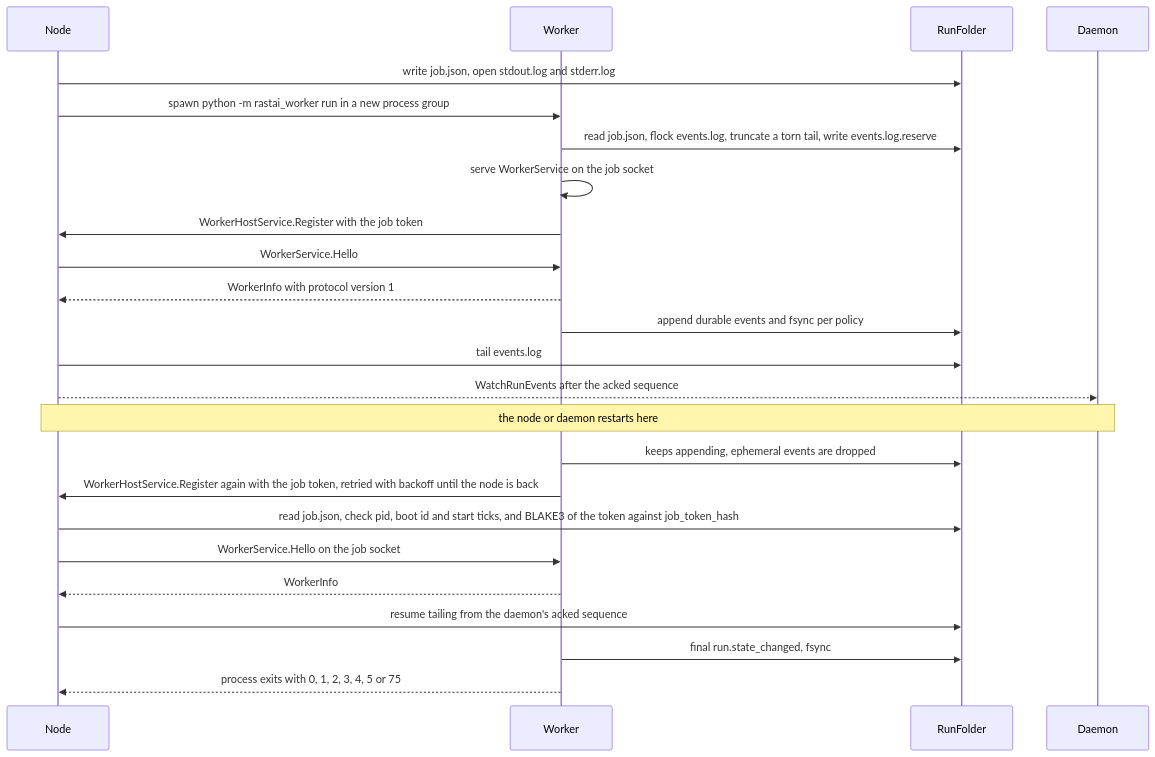
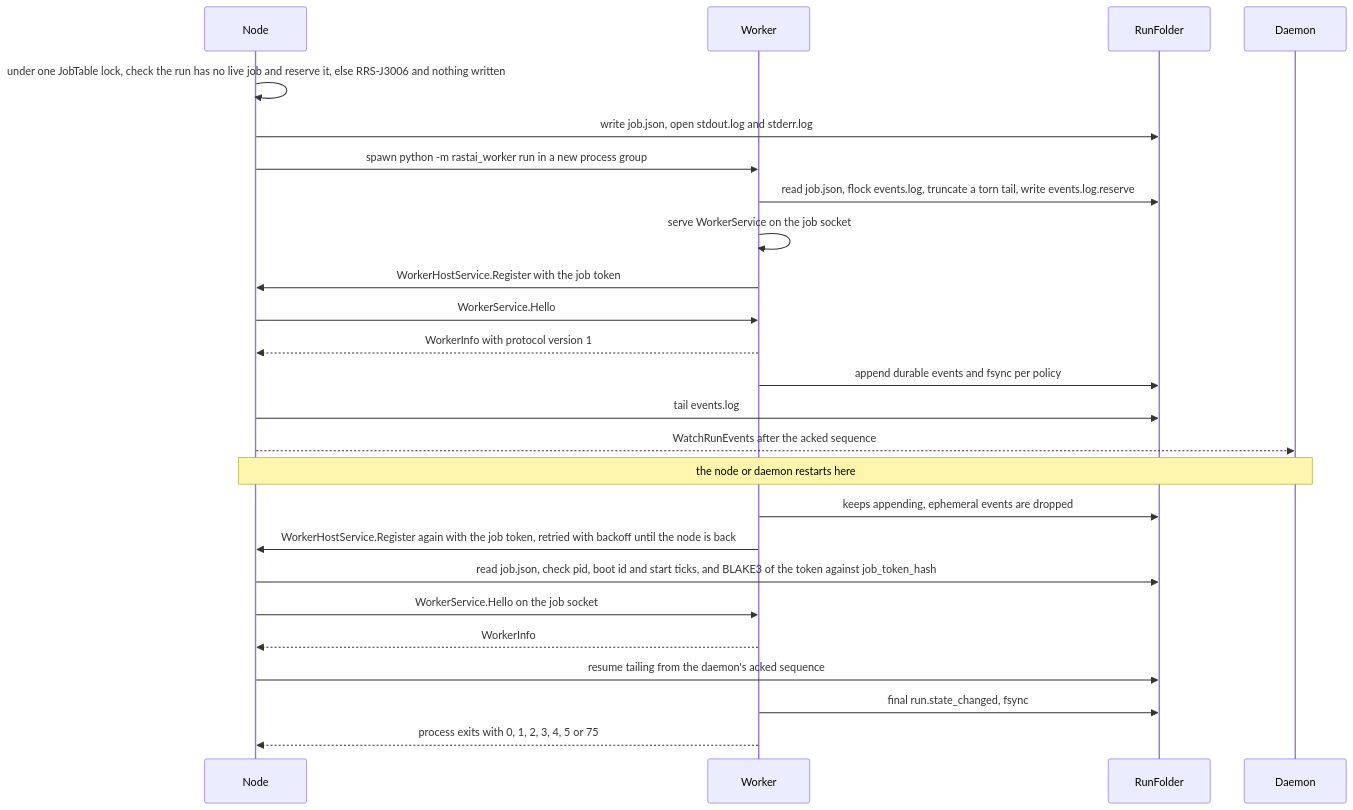
The sixth of 7 diagrams in docs/architecture/layout/python.md (Snubiss/RASTAI-Research-Studio), drawn with Mermaid before and after one commit. The commit also changed other lines of this file and 3 other files, not shown here.

First line of the commit message:
M1-39 contract: Address final sweep (one live job per run, admission is atomic)

````diff
--- a/docs/architecture/layout/python.md
+++ b/docs/architecture/layout/python.md
@@ -1521,26 +1521,27 @@
 ```mermaid
 sequenceDiagram
   participant N as Node
   participant W as Worker
   participant F as RunFolder
   participant D as Daemon
+  N->>N: under one JobTable lock, check the run has no live job and reserve it, else RRS-J3006 and nothing written
   N->>F: write job.json, open stdout.log and stderr.log
   N->>W: spawn python -m rastai_worker run in a new process group
   W->>F: read job.json, flock events.log, truncate a torn tail, write events.log.reserve
   W->>W: serve WorkerService on the job socket
   W->>N: WorkerHostService.Register with the job token
   N->>W: WorkerService.Hello
   W-->>N: WorkerInfo with protocol version 1
   W->>F: append durable events and fsync per policy
   N->>F: tail events.log
   N-->>D: WatchRunEvents after the acked sequence
   Note over N,D: the node or daemon restarts here
   W->>F: keeps appending, ephemeral events are dropped
   W->>N: WorkerHostService.Register again with the job token, retried with backoff until the node is back
   N->>F: read job.json, check pid, boot id and start ticks, and BLAKE3 of the token against job_token_hash
   N->>W: WorkerService.Hello on the job socket
   W-->>N: WorkerInfo
   N->>F: resume tailing from the daemon's acked sequence
   W->>F: final run.state_changed, fsync
   W-->>N: process exits with 0, 1, 2, 3, 4, 5 or 75
 ```
````
